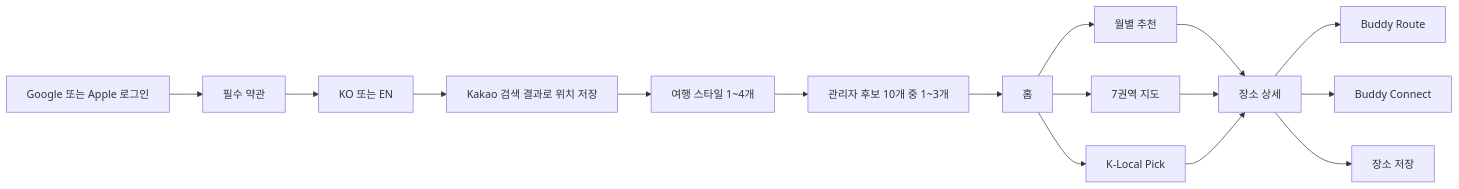
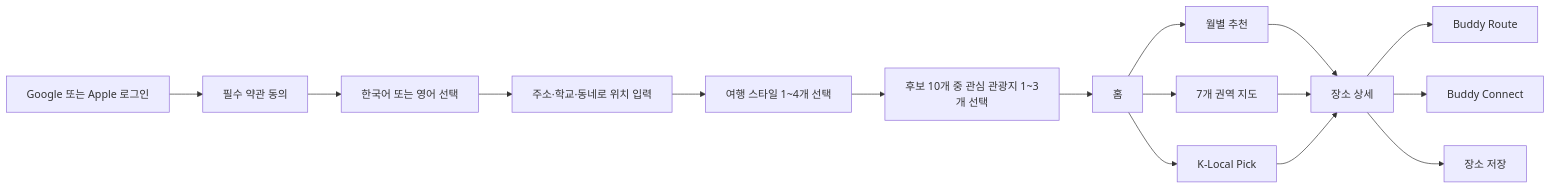
The diagram in docs/koready-backend-design/12_PM_IMPLEMENTATION_APPROVAL.md (ppp1969/koready-backend), drawn with Mermaid before and after one commit. The commit also changed other lines of this file, not shown here.

````diff
--- a/docs/koready-backend-design/12_PM_IMPLEMENTATION_APPROVAL.md
+++ b/docs/koready-backend-design/12_PM_IMPLEMENTATION_APPROVAL.md
@@ -172,18 +196,18 @@
-```mermaid
+~~~mermaid
 flowchart LR
-    A[Google 또는 Apple 로그인] --> B[필수 약관]
-    B --> C[KO 또는 EN]
-    C --> E[Kakao 검색 결과로 위치 저장]
-    E --> F[여행 스타일 1~4개]
-    F --> G[관리자 후보 10개 중 1~3개]
-    G --> H[홈]
-    H --> I[월별 추천]
-    H --> J[7권역 지도]
-    H --> K[K-Local Pick]
-    I --> L[장소 상세]
-    J --> L
-    K --> L
-    L --> M[Buddy Route]
-    L --> N[Buddy Connect]
-    L --> O[장소 저장]
-```
+    A[Google 또는 Apple 로그인] --> B[필수 약관 동의]
+    B --> C[한국어 또는 영어 선택]
+    C --> D[주소·학교·동네로 위치 입력]
+    D --> E[여행 스타일 1~4개 선택]
+    E --> F[후보 10개 중 관심 관광지 1~3개 선택]
+    F --> G[홈]
+    G --> H[월별 추천]
+    G --> I[7개 권역 지도]
+    G --> J[K-Local Pick]
+    H --> K[장소 상세]
+    I --> K
+    J --> K
+    K --> L[Buddy Route]
+    K --> M[Buddy Connect]
+    K --> N[장소 저장]
+~~~
````
